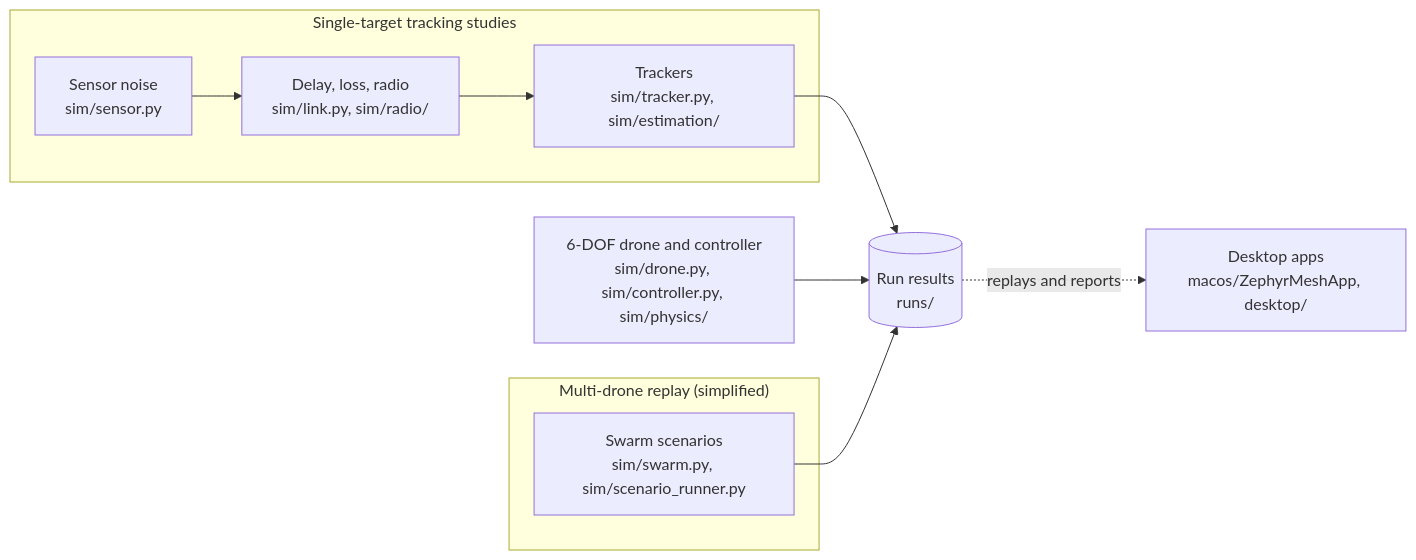
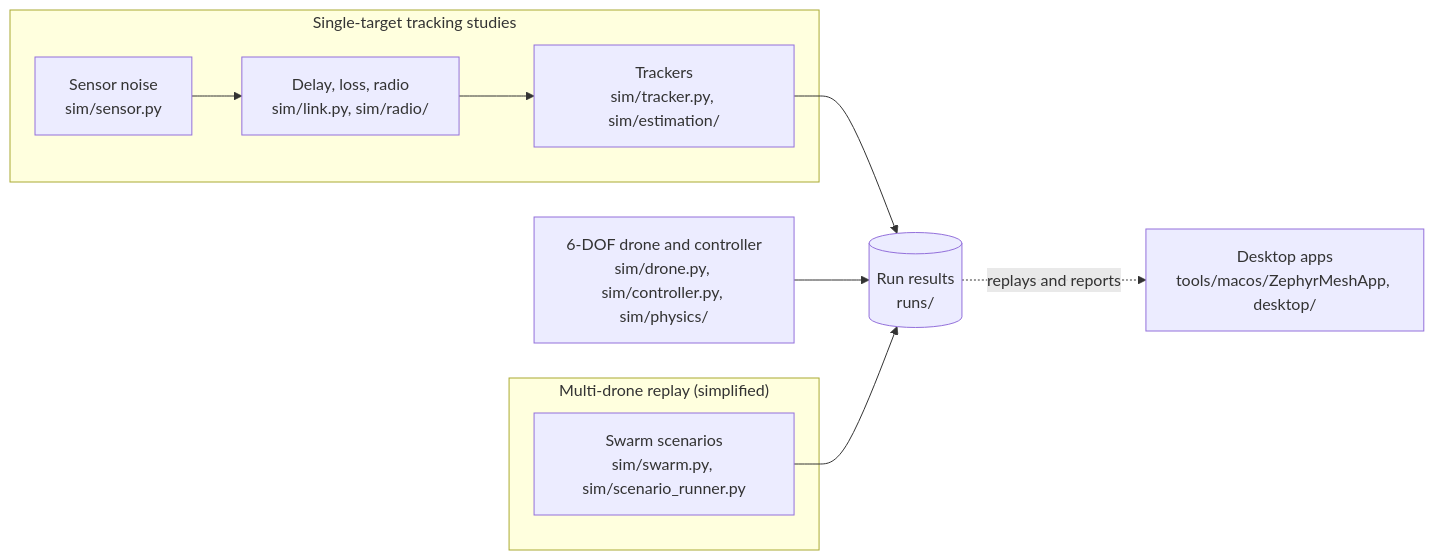
Before and after one commit to Whyater/Zephyr-Mesh: the diagram in README.md, drawn with Mermaid. The commit also changed other lines of this file and 103 other files, not shown here.

Commit message:
Move design/ and macos/ under tools/ and update every path, including the Windows bundle layout; quote the corrected README finding in the Results fixture

````diff
--- a/README.md
+++ b/README.md
@@ -11,17 +11,17 @@
 ```mermaid
 flowchart LR
     subgraph study["Single-target tracking studies"]
         S["Sensor noise<br/>sim/sensor.py"] --> L["Delay, loss, radio<br/>sim/link.py, sim/radio/"]
         L --> T["Trackers<br/>sim/tracker.py, sim/estimation/"]
     end
     D["6-DOF drone and controller<br/>sim/drone.py, sim/controller.py, sim/physics/"]
     subgraph multi["Multi-drone replay (simplified)"]
         W["Swarm scenarios<br/>sim/swarm.py, sim/scenario_runner.py"]
     end
     R[("Run results<br/>runs/")]
-    A["Desktop apps<br/>macos/ZephyrMeshApp, desktop/"]
+    A["Desktop apps<br/>tools/macos/ZephyrMeshApp, desktop/"]
     T --> R
     D --> R
     W --> R
     R -. "replays and reports" .-> A
 ```
````
